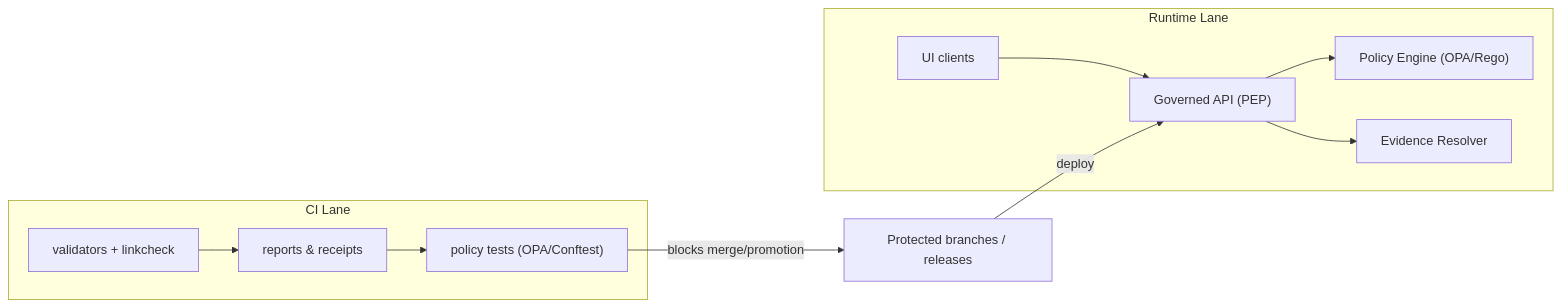
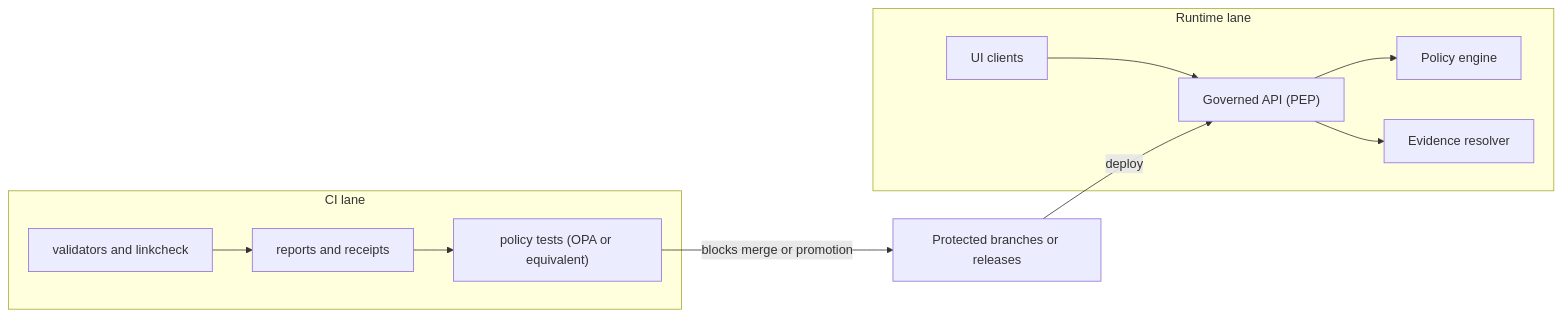
One commit to bartytime4life/Kansas-Frontier-Matrix changed the diagram in tools/README.md. Above: the diagram before and after it, drawn with Mermaid. The commit also changed other lines of this file, not shown here.

````diff
--- a/tools/README.md
+++ b/tools/README.md
@@ -95,16 +103,16 @@
 ```mermaid
 flowchart LR
-  subgraph CI_LANE["CI Lane"]
-    V["validators + linkcheck"] --> R["reports & receipts"]
-    R --> P["policy tests (OPA/Conftest)"]
+  subgraph CI_LANE["CI lane"]
+    V["validators and linkcheck"] --> R["reports and receipts"]
+    R --> P["policy tests (OPA or equivalent)"]
   end
 
-  subgraph RUNTIME_LANE["Runtime Lane"]
+  subgraph RUNTIME_LANE["Runtime lane"]
     UI["UI clients"] --> API["Governed API (PEP)"]
-    API --> PDP["Policy Engine (OPA/Rego)"]
-    API --> ER["Evidence Resolver"]
+    API --> PDP["Policy engine"]
+    API --> ER["Evidence resolver"]
   end
 
-  P -->|blocks merge/promotion| Merge["Protected branches / releases"]
+  P -->|blocks merge or promotion| Merge["Protected branches or releases"]
   Merge -->|deploy| API
 ```
````
